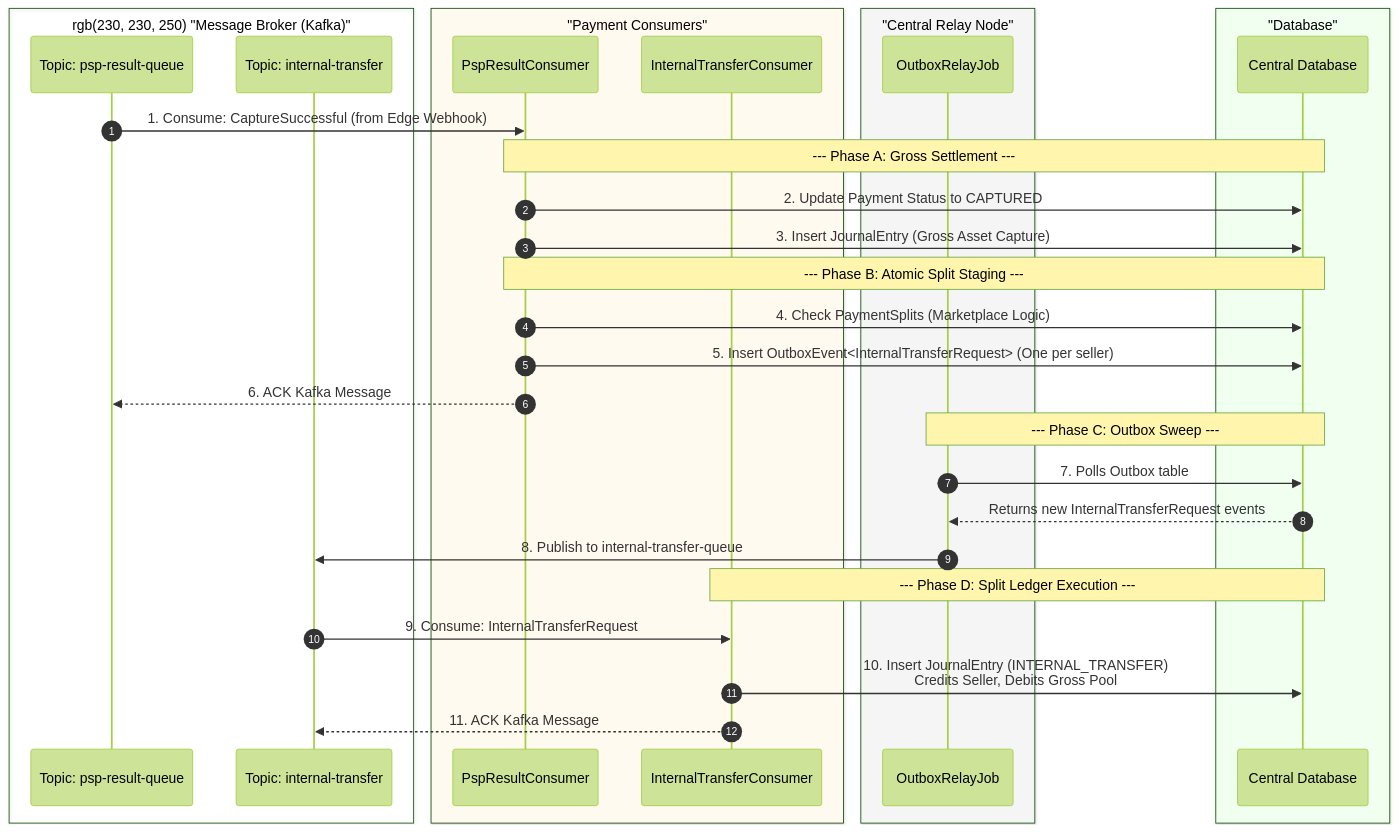
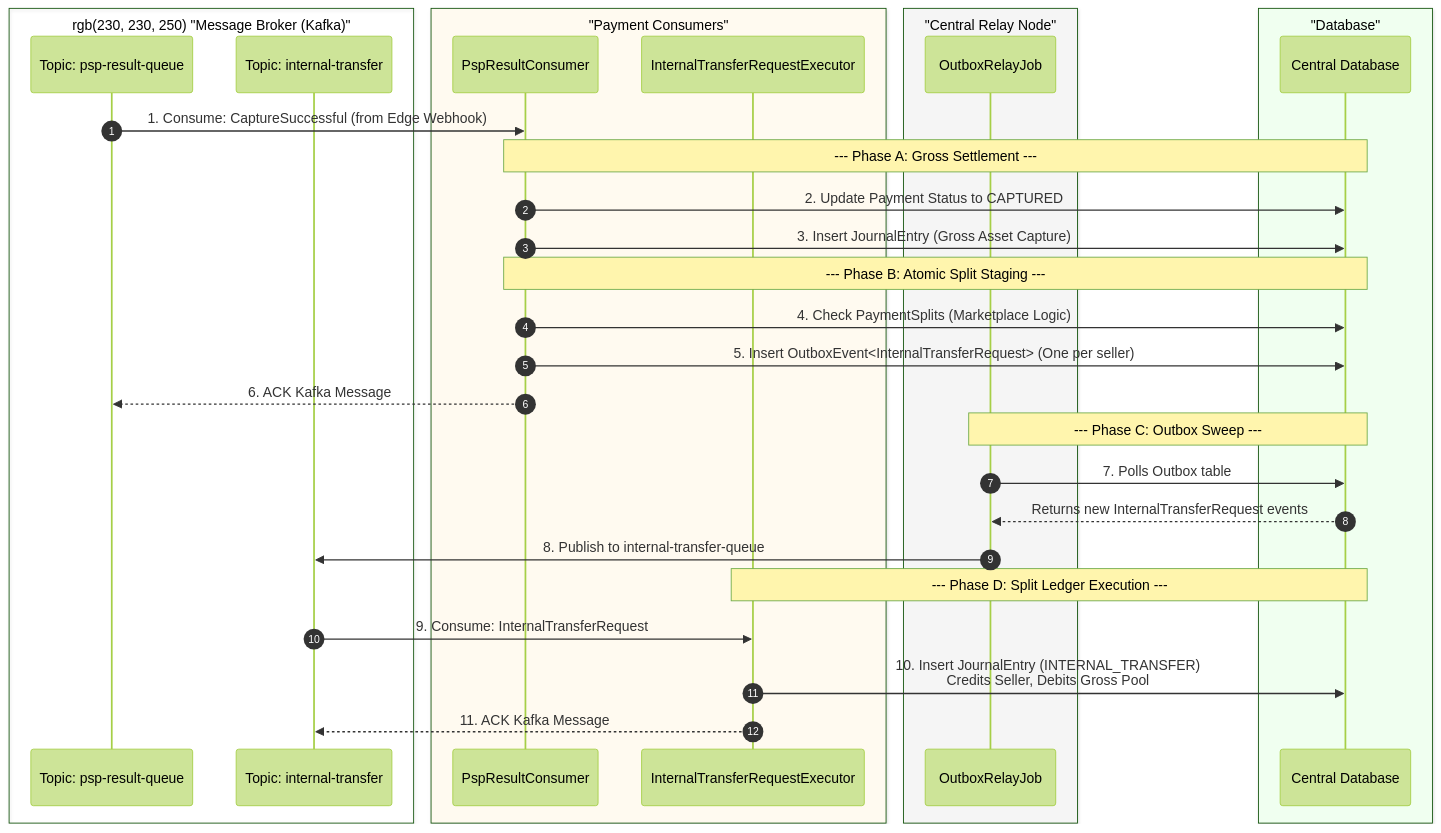
Before and after one commit to dcaglar/ecommerce-platform-kotlin: the fourth of 5 diagrams in docs/architecture/architecture.md, drawn with Mermaid (forest theme). The commit also changed other lines of this file, not shown here.

````diff
--- a/docs/architecture/architecture.md
+++ b/docs/architecture/architecture.md
@@ -578,47 +580,47 @@
 ```mermaid
 sequenceDiagram
     autonumber
     
     box rgb(230, 230, 250) "Message Broker (Kafka)"
         participant psp_result as Topic: psp-result-queue
         participant transfer_topic as Topic: internal-transfer
     end
 
     box rgb(255, 250, 240) "Payment Consumers"
         participant PspResult as PspResultConsumer
-        participant Transfer as InternalTransferConsumer
+        participant Transfer as InternalTransferRequestExecutor
     end
 
     box rgb(245, 245, 245) "Central Relay Node"
         participant Relay as OutboxRelayJob
     end
 
     box rgb(240, 255, 240) "Database"
         participant DB as Central Database
     end
 
     %% Step 1: Gross Capture
     psp_result->>PspResult: 1. Consume: CaptureSuccessful (from Edge Webhook)
     
     Note over PspResult, DB: --- Phase A: Gross Settlement ---
     PspResult->>DB: 2. Update Payment Status to CAPTURED
     PspResult->>DB: 3. Insert JournalEntry (Gross Asset Capture)
     
     %% Step 2: Staging Splits
     Note over PspResult, DB: --- Phase B: Atomic Split Staging ---
     PspResult->>DB: 4. Check PaymentSplits (Marketplace Logic)
     PspResult->>DB: 5. Insert OutboxEvent<InternalTransferRequest> (One per seller)
     PspResult-->>psp_result: 6. ACK Kafka Message
     
     %% Step 3: Relay Sweeping
     Note over Relay, DB: --- Phase C: Outbox Sweep ---
     Relay->>DB: 7. Polls Outbox table
     DB-->>Relay: Returns new InternalTransferRequest events
     Relay->>transfer_topic: 8. Publish to internal-transfer-queue
     
     %% Step 4: Split Execution
     Note over Transfer, DB: --- Phase D: Split Ledger Execution ---
     transfer_topic->>Transfer: 9. Consume: InternalTransferRequest
     Transfer->>DB: 10. Insert JournalEntry (INTERNAL_TRANSFER)<br/>Credits Seller, Debits Gross Pool
     Transfer-->>transfer_topic: 11. ACK Kafka Message
 ```
````
